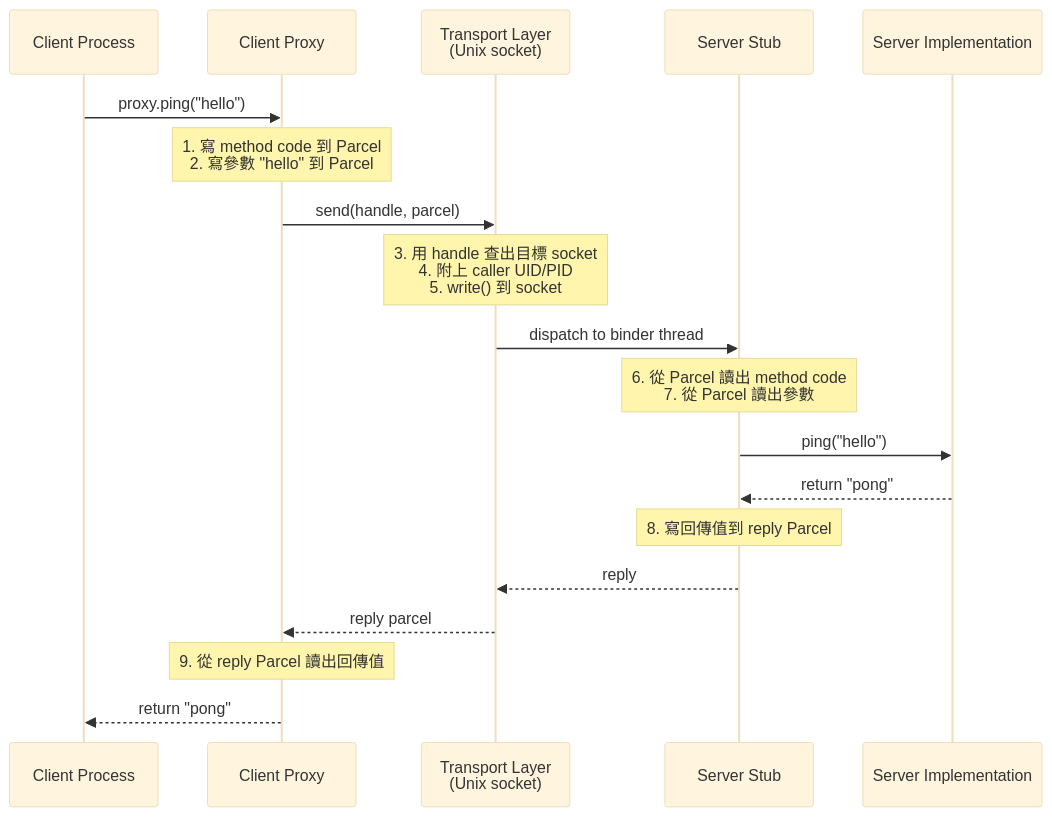
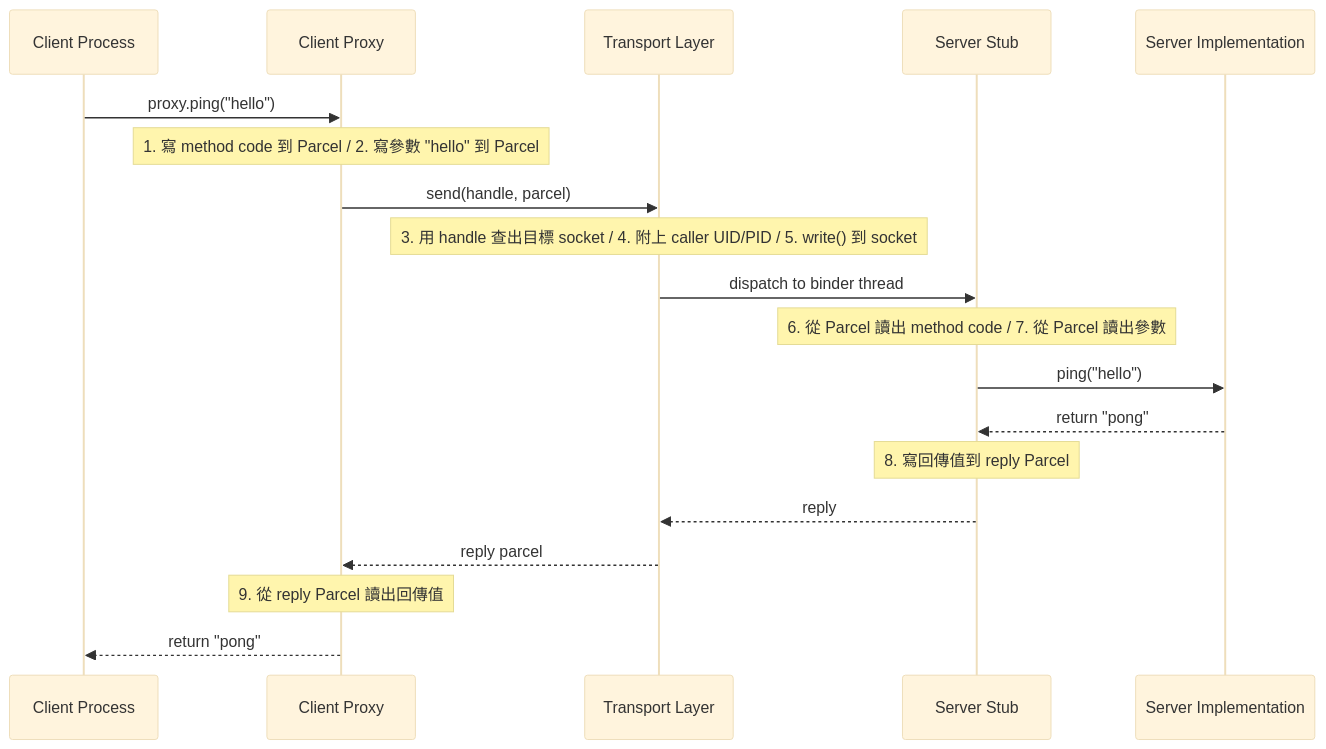
Before and after one commit to Owen771/mini-AOSP: the eighth of 26 diagrams in docs/learning-guide.md, drawn with Mermaid (base theme). The commit also changed other lines of this file and 34 other files, not shown here.

````diff
--- a/docs/learning-guide.md
+++ b/docs/learning-guide.md
@@ -710,22 +726,22 @@
 ```mermaid
 sequenceDiagram
-    participant C as Client Process
-    participant CP as Client Proxy
-    participant T as Transport Layer<br/>(Unix socket)
-    participant SS as Server Stub
-    participant S as Server Implementation
+ participant C as Client Process
+ participant CP as Client Proxy
+ participant T as Transport Layer
+ participant SS as Server Stub
+ participant S as Server Implementation
 
-    C->>CP: proxy.ping("hello")
-    Note over CP: 1. 寫 method code 到 Parcel<br/>2. 寫參數 "hello" 到 Parcel
-    CP->>T: send(handle, parcel)
-    Note over T: 3. 用 handle 查出目標 socket<br/>4. 附上 caller UID/PID<br/>5. write() 到 socket
-    T->>SS: dispatch to binder thread
-    Note over SS: 6. 從 Parcel 讀出 method code<br/>7. 從 Parcel 讀出參數
-    SS->>S: ping("hello")
-    S-->>SS: return "pong"
-    Note over SS: 8. 寫回傳值到 reply Parcel
-    SS-->>T: reply
-    T-->>CP: reply parcel
-    Note over CP: 9. 從 reply Parcel 讀出回傳值
-    CP-->>C: return "pong"
+ C->>CP: proxy.ping("hello")
+ Note over CP: 1. 寫 method code 到 Parcel / 2. 寫參數 "hello" 到 Parcel
+ CP->>T: send(handle, parcel)
+ Note over T: 3. 用 handle 查出目標 socket / 4. 附上 caller UID/PID / 5. write() 到 socket
+ T->>SS: dispatch to binder thread
+ Note over SS: 6. 從 Parcel 讀出 method code / 7. 從 Parcel 讀出參數
+ SS->>S: ping("hello")
+ S-->>SS: return "pong"
+ Note over SS: 8. 寫回傳值到 reply Parcel
+ SS-->>T: reply
+ T-->>CP: reply parcel
+ Note over CP: 9. 從 reply Parcel 讀出回傳值
+ CP-->>C: return "pong"
 ```
````
